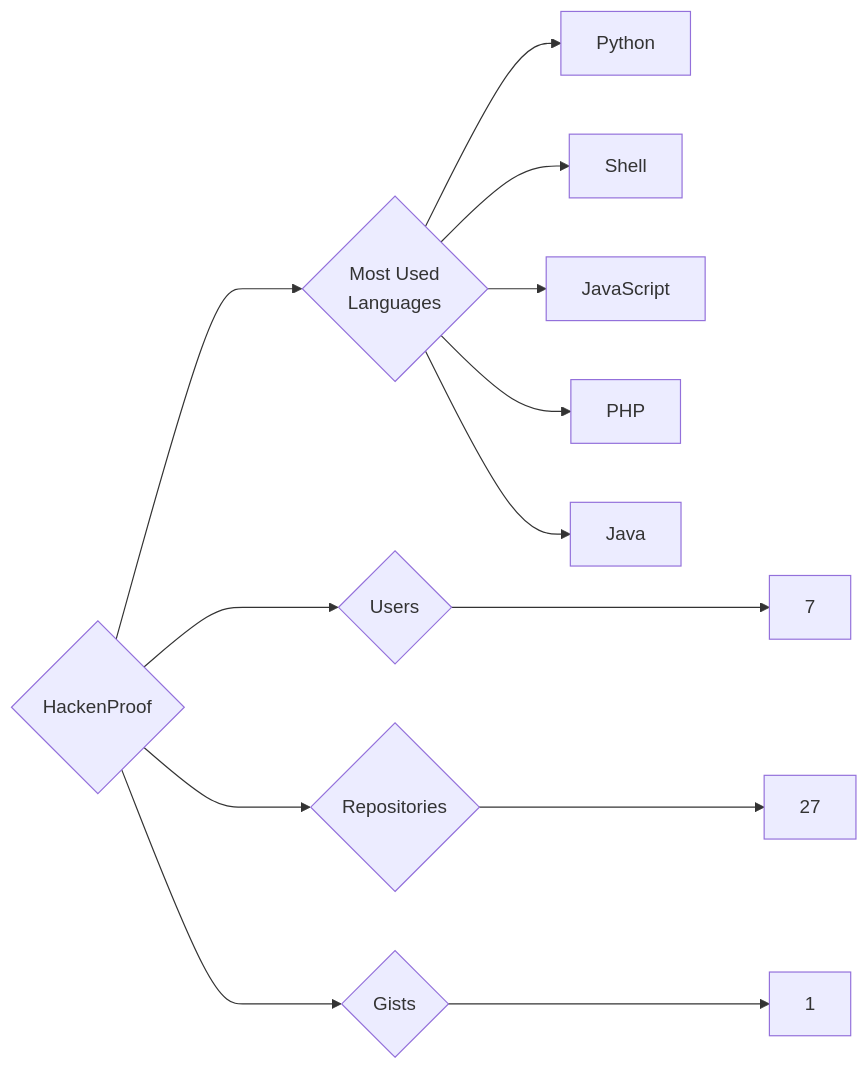
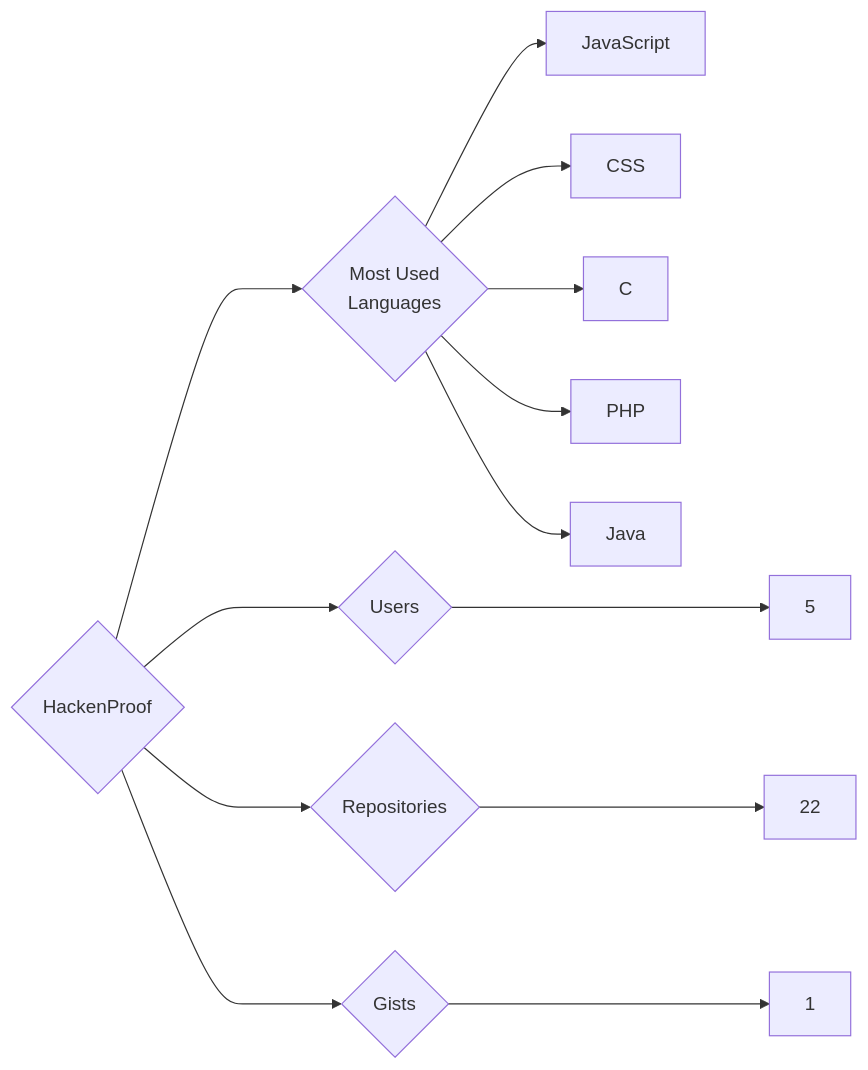
The diagram in targets/HackenProof/README.md (trickest/insiders), drawn with Mermaid before and after one commit. The commit also changed 1120 other files, not shown here.

````diff
--- a/targets/HackenProof/README.md
+++ b/targets/HackenProof/README.md
@@ -3,13 +3,13 @@
 ```mermaid
 graph LR
 COMPANY_NAME{HackenProof}
-COMPANY_NAME ---> U{Users} ---> UN[7]
-COMPANY_NAME ---> R{Repositories} ---> RN[27]
+COMPANY_NAME ---> U{Users} ---> UN[5]
+COMPANY_NAME ---> R{Repositories} ---> RN[22]
 COMPANY_NAME ---> G{Gists} ---> GN[1]
 COMPANY_NAME ---> ML{Most Used<br>Languages}
-ML --> Python[Python]
-ML --> Shell[Shell]
 ML --> JavaScript[JavaScript]
+ML --> CSS[CSS]
+ML --> C[C]
 ML --> PHP[PHP]
 ML --> Java[Java]
 ```
````
